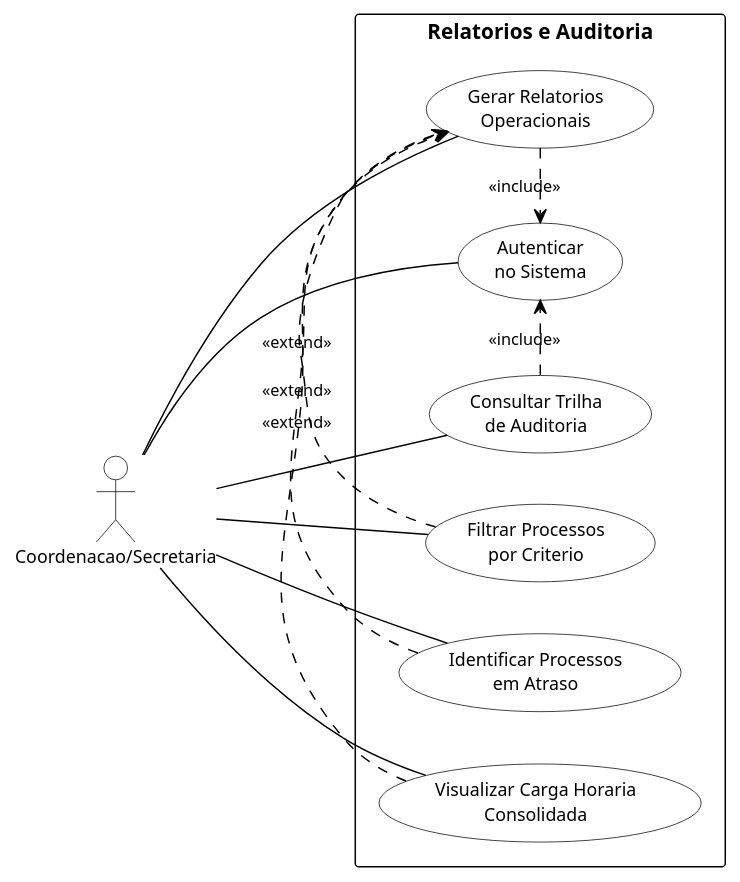
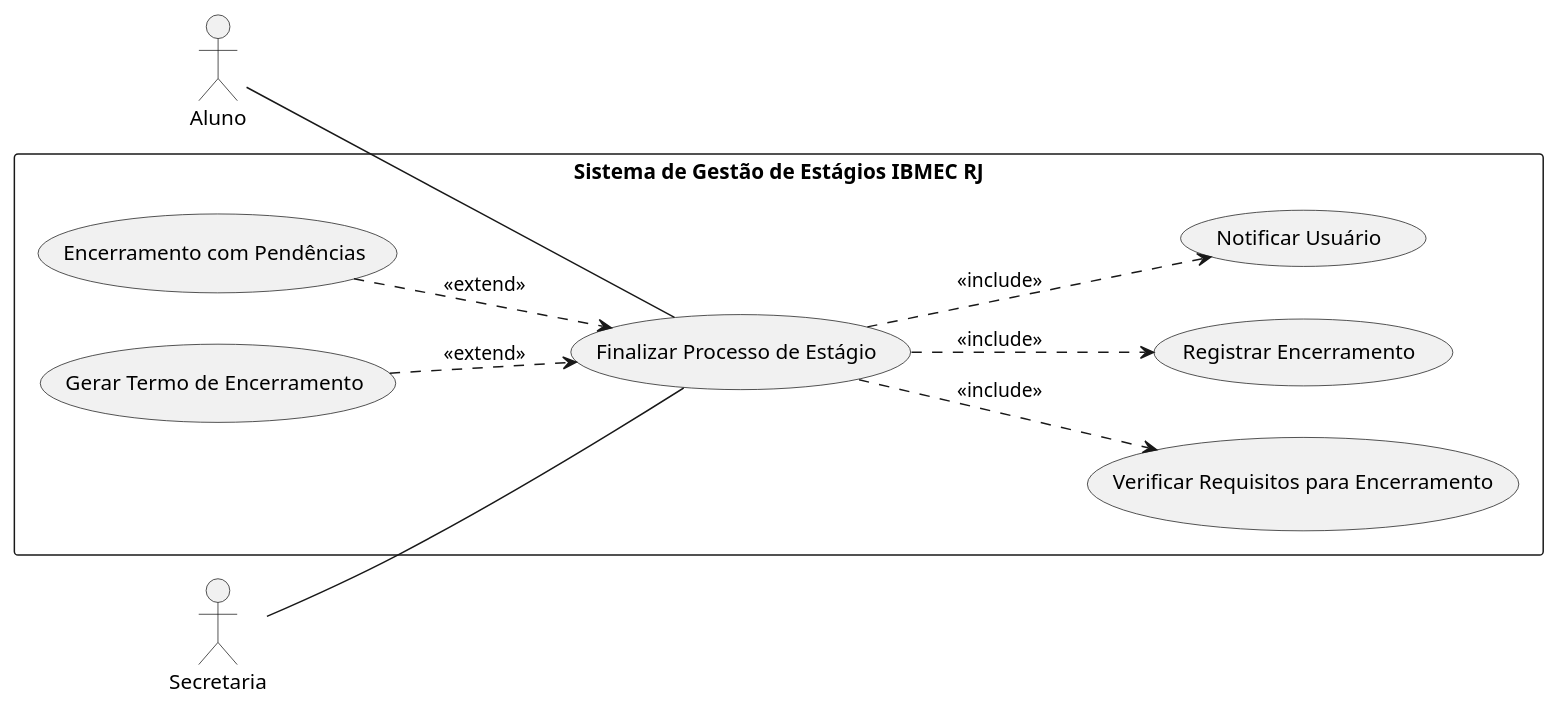
The ninth of 9 diagrams in docs/Elaboracao/casos_de_uso.md (Projetos-de-Extensao/PBE_26.1_8002_I), drawn with PlantUML before and after one commit. The commit also changed other lines of this file, not shown here.

````diff
--- a/docs/Elaboracao/casos_de_uso.md
+++ b/docs/Elaboracao/casos_de_uso.md
@@ -539,58 +427,32 @@
 ```plantuml
-@startuml visao_6_relatorios_auditoria
-
+@startuml
 left to right direction
 
-skinparam DefaultFontName Arial
-skinparam DefaultFontSize 12
-skinparam shadowing false
-skinparam backgroundColor white
+actor Aluno
+actor Secretaria
 
-skinparam actor {
-  BackgroundColor white
-  BorderColor black
-  FontColor black
-}
-skinparam usecase {
-  BackgroundColor white
-  BorderColor black
-  FontColor black
-  FontSize 12
-}
-skinparam rectangle {
-  BackgroundColor white
-  BorderColor black
-  FontColor black
-  FontSize 14
-}
-skinparam ArrowColor black
-skinparam ArrowFontColor black
-skinparam ArrowFontSize 11
+rectangle "Sistema de Gestão de Estágios IBMEC RJ" {
 
-actor "Coordenacao/Secretaria" as COO
+  usecase "Finalizar Processo de Estágio" as UC1
+  usecase "Verificar Requisitos para Encerramento" as UC2
+  usecase "Registrar Encerramento" as UC3
+  usecase "Notificar Usuário" as UC4
+  usecase "Encerramento com Pendências" as UC5
+  usecase "Gerar Termo de Encerramento" as UC6
 
-rectangle "Relatorios e Auditoria" {
-  usecase "Autenticar\nno Sistema"                as UC_AUTH
-  usecase "Gerar Relatorios\nOperacionais"        as UC_RELOP
-  usecase "Filtrar Processos\npor Criterio"       as UC_FILT
-  usecase "Identificar Processos\nem Atraso"      as UC_ATRASO
-  usecase "Consultar Trilha\nde Auditoria"        as UC_AUDIT
-  usecase "Visualizar Carga Horaria\nConsolidada" as UC_CHCONS
 }
 
-COO -- UC_AUTH
-COO -- UC_RELOP
-COO -- UC_FILT
-COO -- UC_ATRASO
-COO -- UC_AUDIT
-COO -- UC_CHCONS
+Aluno -- UC1
+Secretaria -- UC1
 
-UC_RELOP .> UC_AUTH  : <<include>>
-UC_AUDIT .> UC_AUTH  : <<include>>
+UC1 ..> UC2 : <<include>>
+UC1 ..> UC3 : <<include>>
+UC1 ..> UC4 : <<include>>
 
-UC_FILT   .> UC_RELOP : <<extend>>
-UC_ATRASO .> UC_RELOP : <<extend>>
-UC_CHCONS .> UC_RELOP : <<extend>>
+UC5 ..> UC1 : <<extend>>
+UC6 ..> UC1 : <<extend>>
 
 @enduml
+
+
 ```
````
